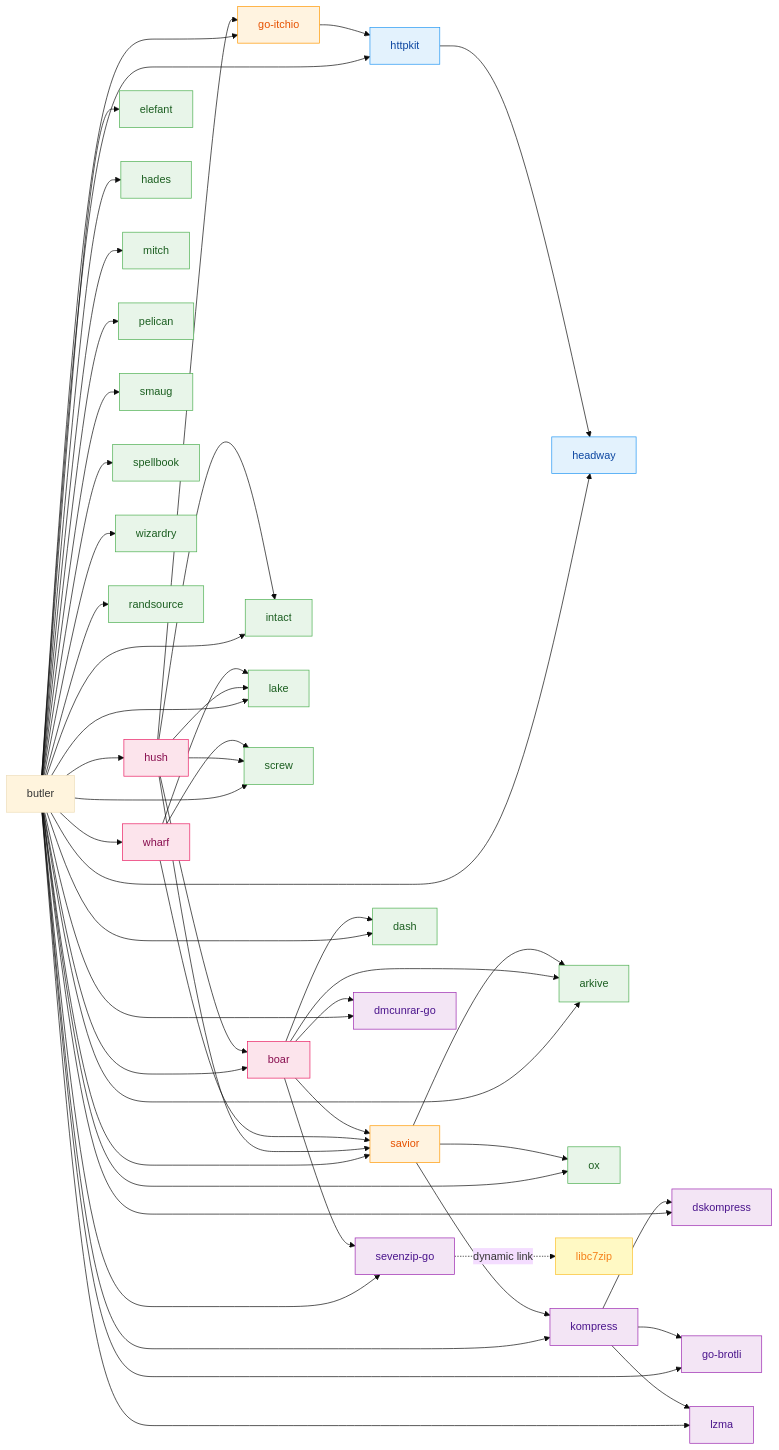
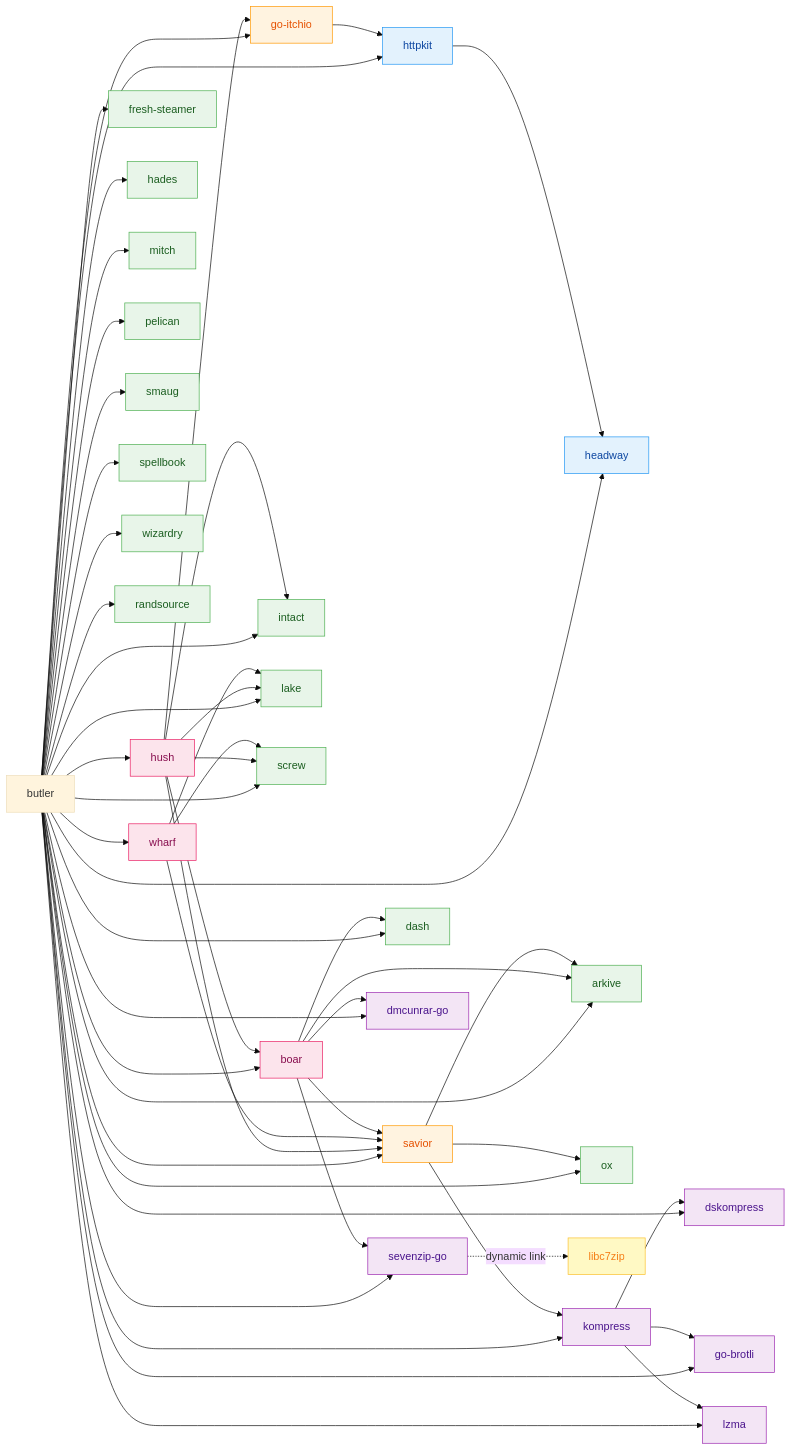
The diagram in README.md (itchio/butler), drawn with Mermaid (base theme) before and after one commit. The commit also changed other lines of this file, not shown here.

Commit message:
update readme dependencdies

```diff
--- a/README.md
+++ b/README.md
@@ -43,7 +43,7 @@
     butler --> headway
     butler --> arkive
     butler --> dash
-    butler --> elefant
+    butler --> fresh-steamer[fresh-steamer]
     butler --> hades
     butler --> intact
     butler --> lake
@@ -110,7 +110,7 @@
     class headway,httpkit infra
     class savior,go-itchio mid
     class hush,wharf,boar high
-    class arkive,dash,elefant,hades,intact,lake,mitch,ox,pelican,screw,smaug,spellbook,wizardry,randsource leaf
+    class arkive,dash,fresh-steamer,hades,intact,lake,mitch,ox,pelican,screw,smaug,spellbook,wizardry,randsource leaf
     class kompress,dskompress,go-brotli,lzma,sevenzip-go,dmcunrar-go compression
     class libc7zip native
 
@@ -124,8 +124,8 @@
     click httpkit "https://github.com/itchio/httpkit" "HTTP utilities and streaming"
     click headway "https://github.com/itchio/headway" "Progress tracking and unit formatting"
     click arkive "https://github.com/itchio/arkive" "ZIP/archive format support"
-    click dash "https://github.com/itchio/dash" "Game configuration and metadata"
-    click elefant "https://github.com/itchio/elefant" "ELF binary parser (Linux)"
+    click dash "https://github.com/itchio/dash" "Game configuration, metadata, and executable probing (ELF, PE)"
+    click fresh-steamer "https://github.com/itchio/fresh-steamer" "Steam login, app info, and depot downloads (steam-sync)"
     click hades "https://github.com/itchio/hades" "SQLite schema and queries"
     click intact "https://github.com/itchio/intact" "File integrity verification"
     click lake "https://github.com/itchio/lake" "Binary storage pools, file structure tracking"
```
